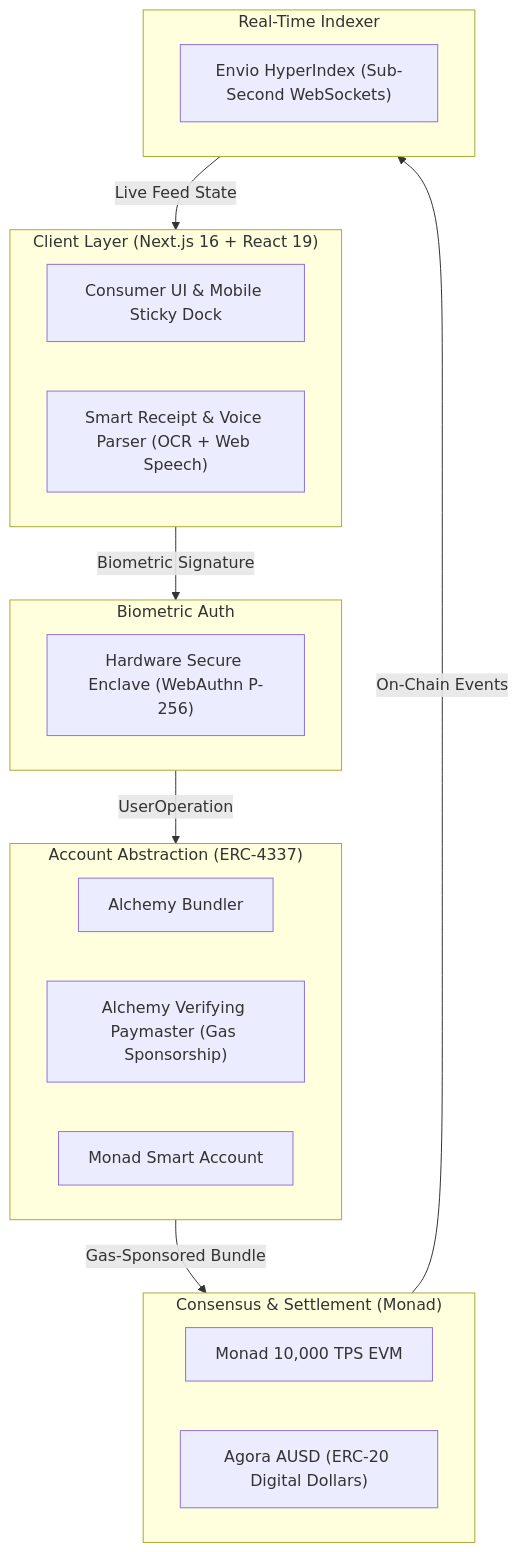
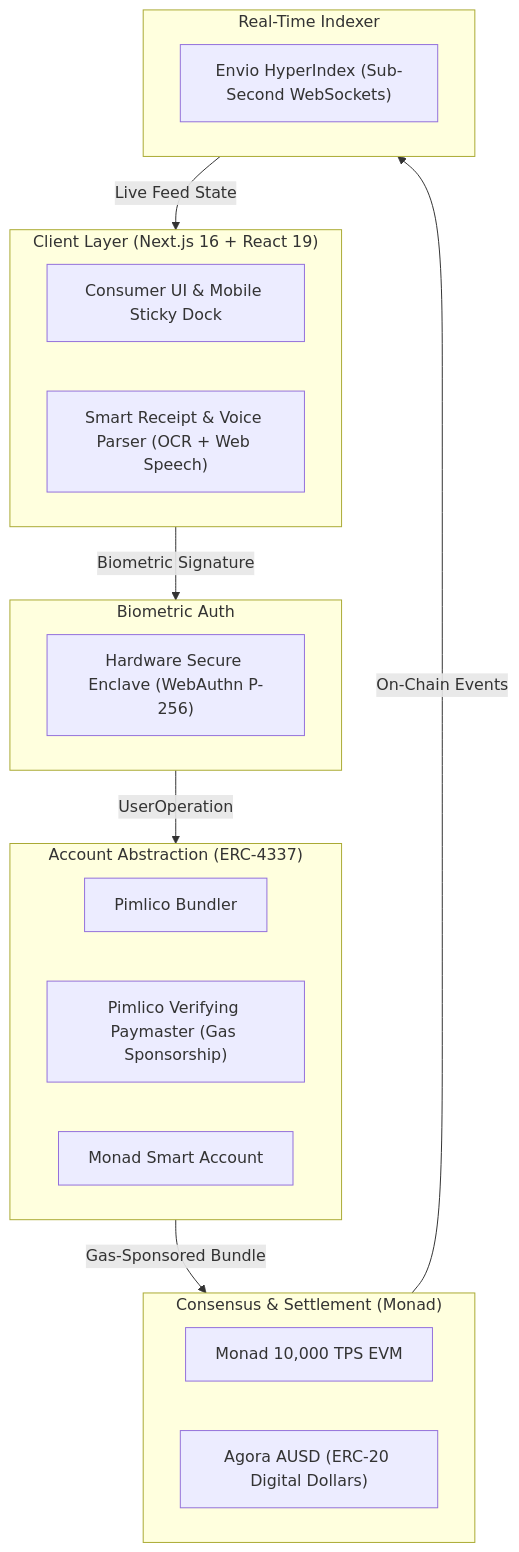
The diagram in README.md (miracles2motion/Mesh-Tab), drawn with Mermaid before and after one commit. The commit also changed other lines of this file and 13 other files, not shown here.

Commit message:
chore: complete migration from alchemy to pimlico

````diff
--- a/README.md
+++ b/README.md
@@ -42,32 +42,32 @@
 ```mermaid
 graph TD
     subgraph Client ["Client Layer (Next.js 16 + React 19)"]
         UI["Consumer UI & Mobile Sticky Dock"]
         PARSER["Smart Receipt & Voice Parser (OCR + Web Speech)"]
     end
 
     subgraph Auth ["Biometric Auth"]
         Passkey["Hardware Secure Enclave (WebAuthn P-256)"]
     end
 
     subgraph AA ["Account Abstraction (ERC-4337)"]
-        Bundler["Alchemy Bundler"]
-        Paymaster["Alchemy Verifying Paymaster (Gas Sponsorship)"]
+        Bundler["Pimlico Bundler"]
+        Paymaster["Pimlico Verifying Paymaster (Gas Sponsorship)"]
         SmartAccount["Monad Smart Account"]
     end
 
     subgraph Network ["Consensus & Settlement (Monad)"]
         MonadEVM["Monad 10,000 TPS EVM"]
         AUSD["Agora AUSD (ERC-20 Digital Dollars)"]
     end
 
     subgraph Sync ["Real-Time Indexer"]
         Envio["Envio HyperIndex (Sub-Second WebSockets)"]
     end
 
     Client -->|Biometric Signature| Auth
     Auth -->|UserOperation| AA
     AA -->|Gas-Sponsored Bundle| Network
     Network -->|On-Chain Events| Sync
     Sync -->|Live Feed State| Client
 ```
````
